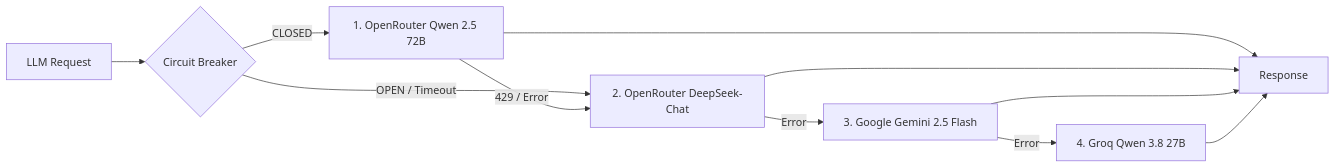
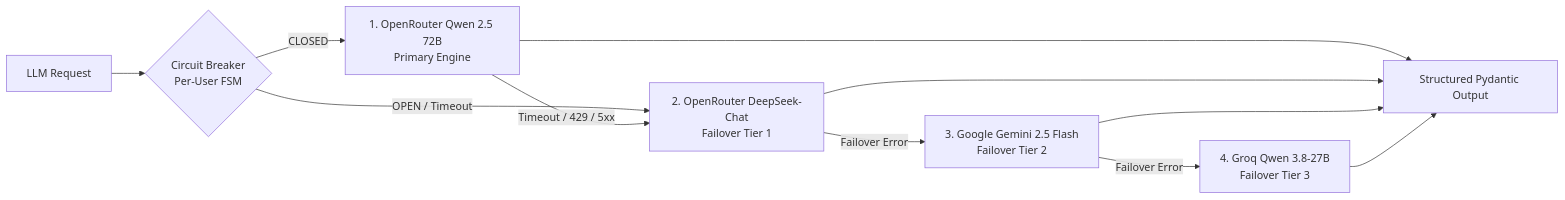
The sixth of 7 diagrams in README.md (AshokSingodia-Codes/FinAdvisor-Voice), drawn with Mermaid before and after one commit. The commit also changed other lines of this file and 20 other files, not shown here.

````diff
--- a/README.md
+++ b/README.md
@@ -181,14 +397,14 @@
 ```mermaid
 flowchart LR
-    Query[LLM Request] --> Breaker{Circuit Breaker}
-    Breaker -->|CLOSED| Primary[1. OpenRouter Qwen 2.5 72B]
-    Breaker -->|OPEN / Timeout| FB1[2. OpenRouter DeepSeek-Chat]
-    Primary -->|429 / Error| FB1
-    FB1 -->|Error| FB2[3. Google Gemini 2.5 Flash]
-    FB2 -->|Error| FB3[4. Groq Qwen 3.8 27B]
+    Req[LLM Request] --> CB{Circuit Breaker<br/>Per-User FSM}
+    CB -->|CLOSED| T1[1. OpenRouter Qwen 2.5 72B<br/>Primary Engine]
+    CB -->|OPEN / Timeout| T2[2. OpenRouter DeepSeek-Chat<br/>Failover Tier 1]
+    T1 -->|Timeout / 429 / 5xx| T2
+    T2 -->|Failover Error| T3[3. Google Gemini 2.5 Flash<br/>Failover Tier 2]
+    T3 -->|Failover Error| T4[4. Groq Qwen 3.8-27B<br/>Failover Tier 3]
     
-    Primary --> Res[Response]
-    FB1 --> Res
-    FB2 --> Res
-    FB3 --> Res
+    T1 --> Out[Structured Pydantic Output]
+    T2 --> Out
+    T3 --> Out
+    T4 --> Out
 ```
````
